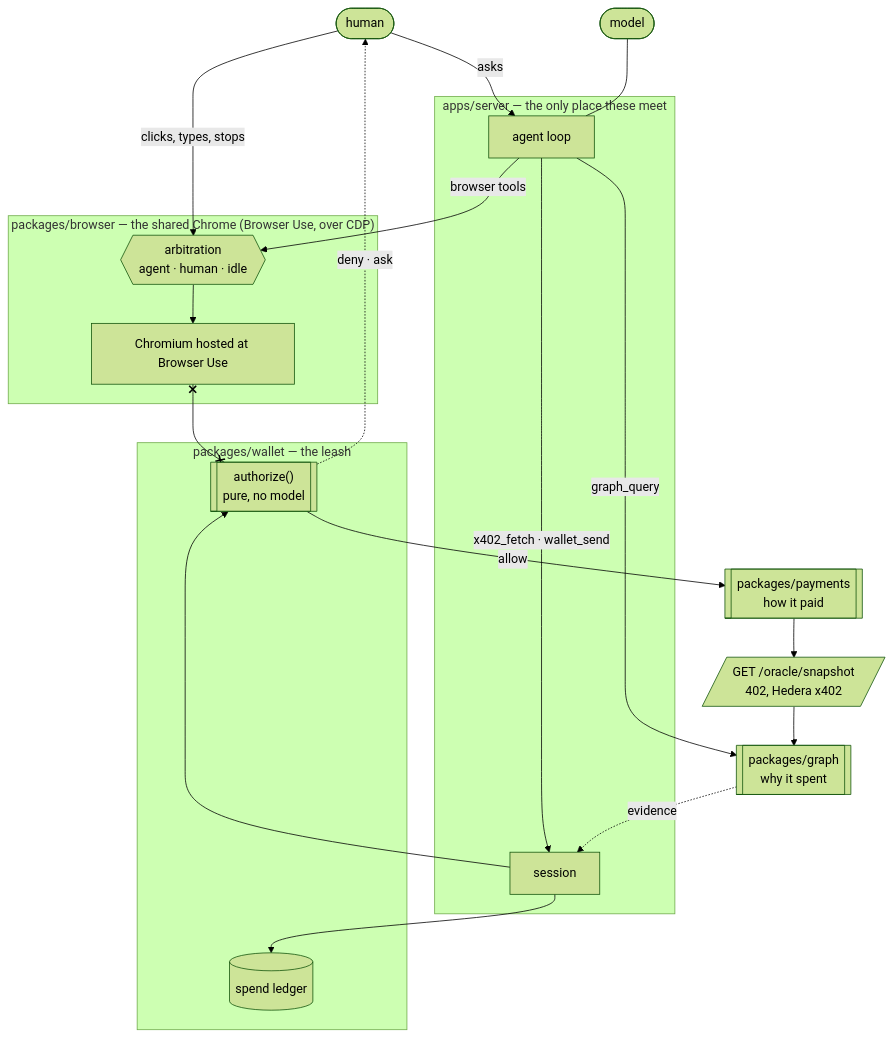
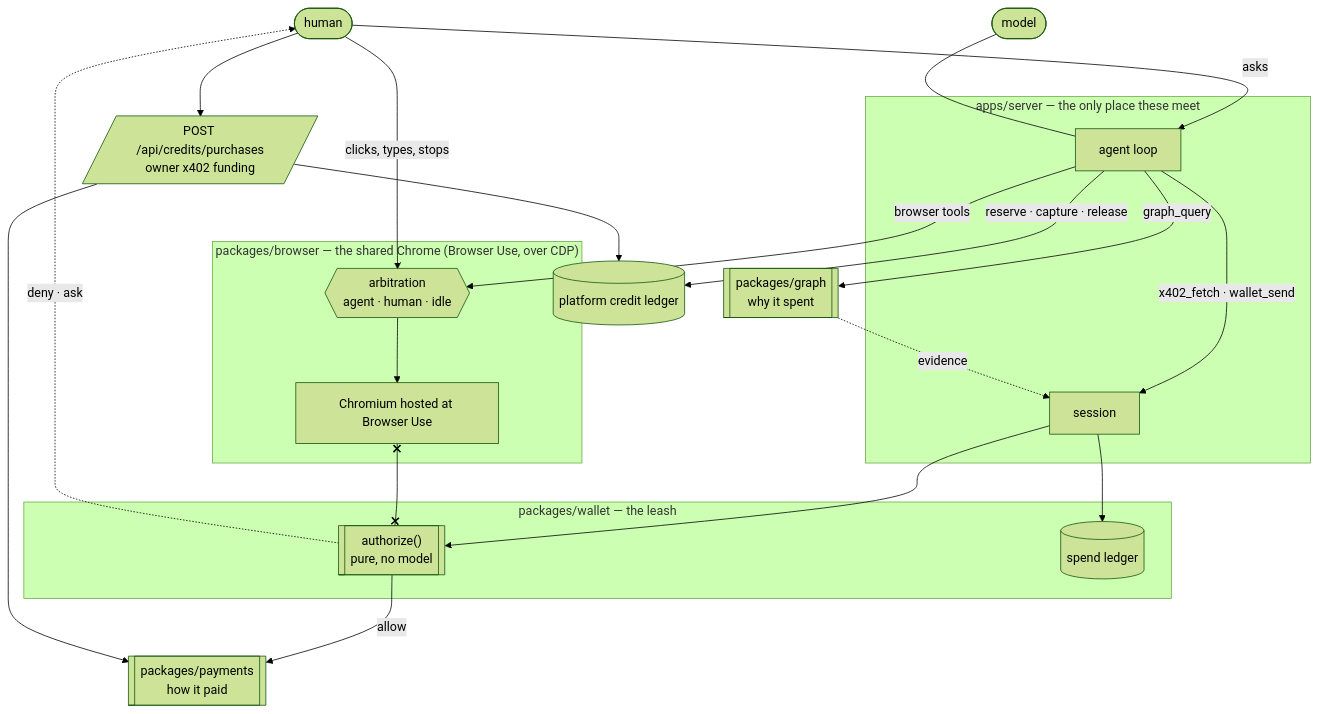
The diagram in README.md (grmkris/Froggy-ETHOnline2026), drawn with Mermaid (forest theme) before and after one commit. The commit also changed other lines of this file and 149 other files, not shown here.

Commit message:
Replace per-tool x402 billing with prepaid platform credits

````diff
--- a/README.md
+++ b/README.md
@@ -54,41 +54,44 @@
 ```mermaid
 flowchart TB
   human([human])
   model([model])
 
   subgraph browser["packages/browser — the shared Chrome (Browser Use, over CDP)"]
     chrome[Chromium hosted at Browser Use]
     arb{{"arbitration<br/>agent · human · idle"}}
   end
 
   subgraph server["apps/server — the only place these meet"]
     loop[agent loop]
     session[session]
   end
 
   subgraph leash["packages/wallet — the leash"]
     policy[["authorize()<br/>pure, no model"]]
     ledger[(spend ledger)]
   end
 
   thegraph[["packages/graph<br/>why it spent"]]
   pay[["packages/payments<br/>how it paid"]]
-  oracle[/"GET /oracle/snapshot<br/>402, Hedera x402"/]
+  funding[/"POST /api/credits/purchases<br/>owner x402 funding"/]
+  credits[(platform credit ledger)]
 
   human -->|clicks, types, stops| arb
   human -->|asks| loop
   arb --> chrome
   loop -->|browser tools| arb
   loop -->|graph_query| thegraph
   loop -->|"x402_fetch · wallet_send"| session
   session --> policy
   policy -->|allow| pay
   policy -.->|"deny · ask"| human
   session --> ledger
   thegraph -.->|evidence| session
-  pay --> oracle
-  oracle --> thegraph
+  human --> funding
+  funding --> pay
+  funding --> credits
+  loop -->|reserve · capture · release| credits
   model --- loop
 
   chrome x--x policy
 ```
````
